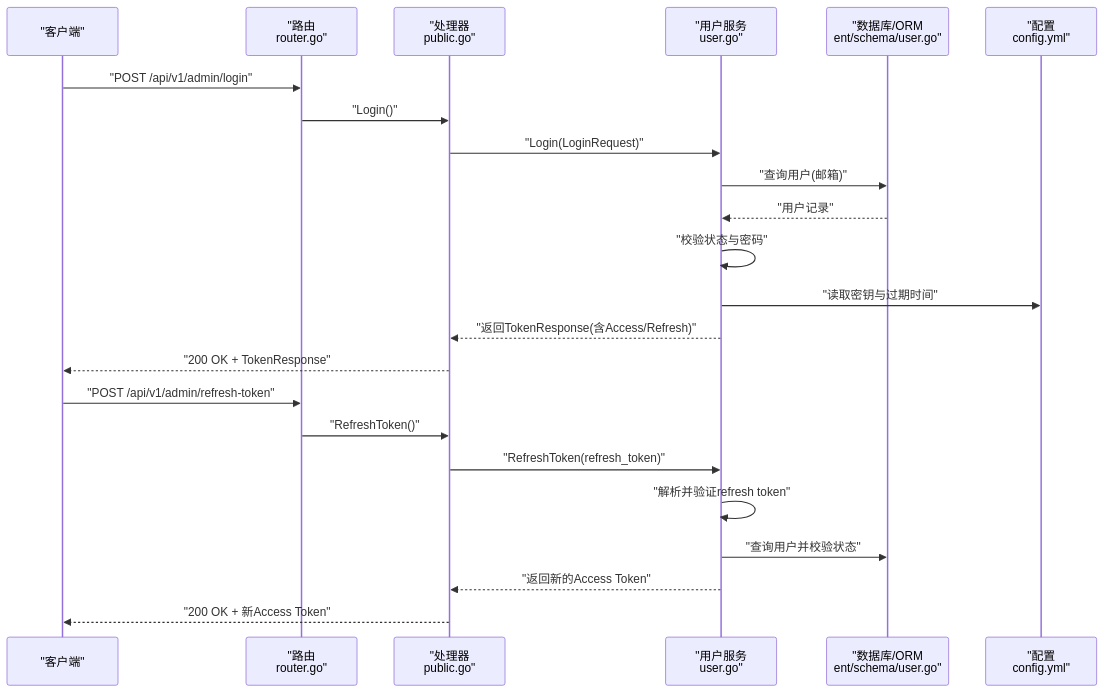
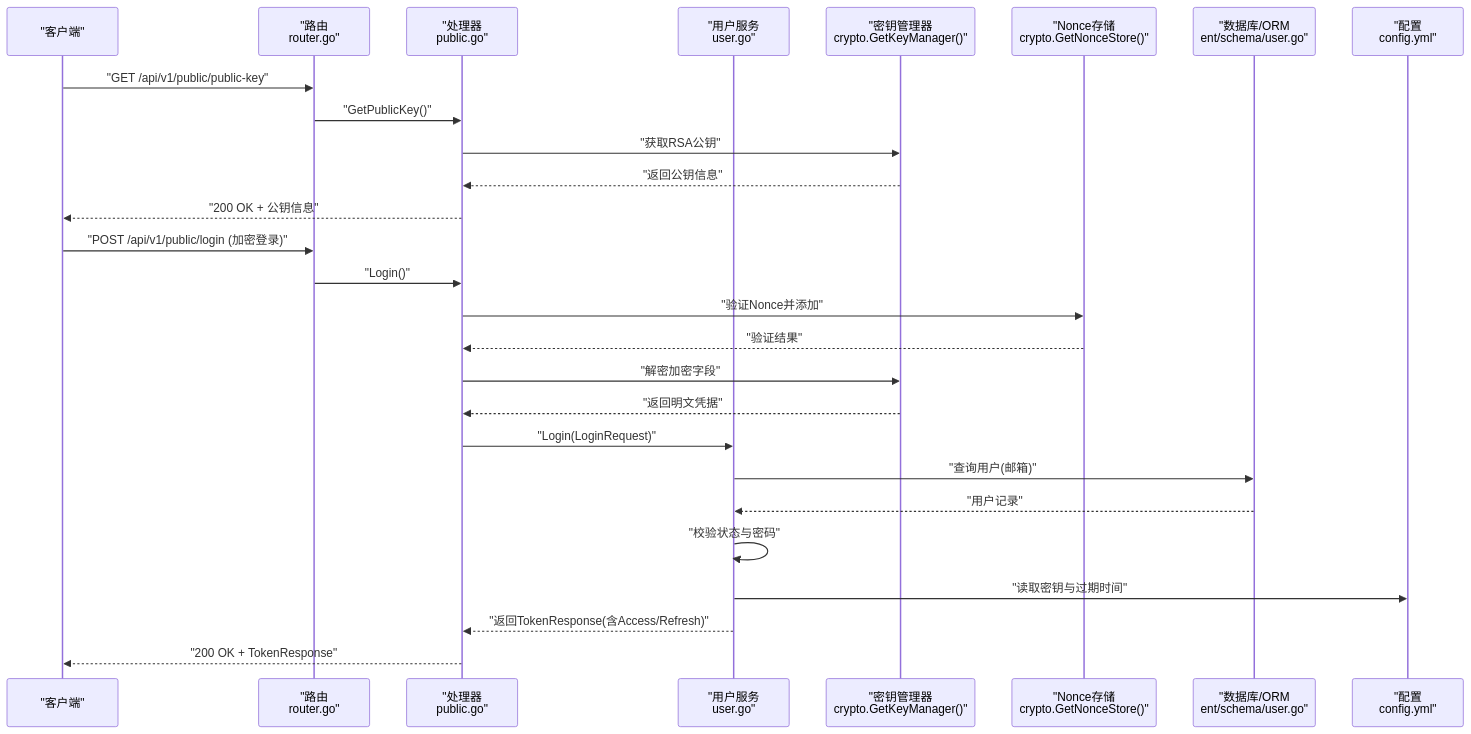
Before and after one commit to wuwuseo/e-sports-go-admin: the second of 9 diagrams in .qoder/repowiki/zh/content/用户认证系统/用户认证系统.md, drawn with Mermaid. The commit also changed other lines of this file and 26 other files, not shown here.

````diff
--- a/.qoder/repowiki/zh/content/用户认证系统/用户认证系统.md
+++ b/.qoder/repowiki/zh/content/用户认证系统/用户认证系统.md
@@ -86,25 +105,29 @@
 ```mermaid
 sequenceDiagram
 participant Client as "客户端"
 participant Router as "路由<br/>router.go"
 participant Handler as "处理器<br/>public.go"
 participant Service as "用户服务<br/>user.go"
+participant KeyManager as "密钥管理器<br/>crypto.GetKeyManager()"
+participant NonceStore as "Nonce存储<br/>crypto.GetNonceStore()"
 participant ORM as "数据库/ORM<br/>ent/schema/user.go"
 participant Config as "配置<br/>config.yml"
-Client->>Router : "POST /api/v1/admin/login"
+Client->>Router : "GET /api/v1/public/public-key"
+Router->>Handler : "GetPublicKey()"
+Handler->>KeyManager : "获取RSA公钥"
+KeyManager-->>Handler : "返回公钥信息"
+Handler-->>Client : "200 OK + 公钥信息"
+Client->>Router : "POST /api/v1/public/login (加密登录)"
 Router->>Handler : "Login()"
+Handler->>NonceStore : "验证Nonce并添加"
+NonceStore-->>Handler : "验证结果"
+Handler->>KeyManager : "解密加密字段"
+KeyManager-->>Handler : "返回明文凭据"
 Handler->>Service : "Login(LoginRequest)"
 Service->>ORM : "查询用户(邮箱)"
 ORM-->>Service : "用户记录"
 Service->>Service : "校验状态与密码"
 Service->>Config : "读取密钥与过期时间"
 Service-->>Handler : "返回TokenResponse(含Access/Refresh)"
 Handler-->>Client : "200 OK + TokenResponse"
-Client->>Router : "POST /api/v1/admin/refresh-token"
-Router->>Handler : "RefreshToken()"
-Handler->>Service : "RefreshToken(refresh_token)"
-Service->>Service : "解析并验证refresh token"
-Service->>ORM : "查询用户并校验状态"
-Service-->>Handler : "返回新的Access Token"
-Handler-->>Client : "200 OK + 新Access Token"
 ```
````
